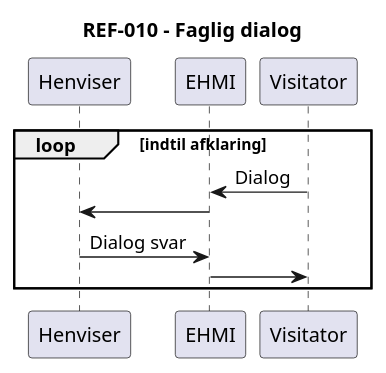
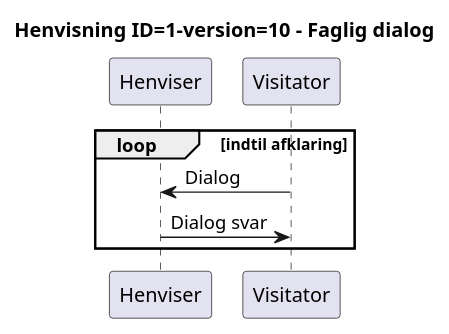
Before and after one commit to medcomdk/dk-medcom-ref-lm: the tenth of 12 diagrams in input/plantuml/fhir-henvisning-messaging.puml, drawn with PlantUML. The commit also changed other lines of this file and 15 other files, not shown here.

```diff
--- a/input/plantuml/fhir-henvisning-messaging.puml
+++ b/input/plantuml/fhir-henvisning-messaging.puml
@@ -91,13 +109,13 @@
 @startuml
 
- title REF-010 - Faglig dialog
+ title Henvisning ID=1-version=10 - Faglig dialog
  participant Henviser
- participant EHMI
  participant Visitator
+
 loop indtil afklaring
-Visitator -> EHMI : Dialog
-EHMI -> Henviser
-Henviser -> EHMI : Dialog svar
-EHMI -> Visitator
+Visitator -> Henviser : Dialog
+
+Henviser -> Visitator : Dialog svar
+
 end
 @enduml
```
